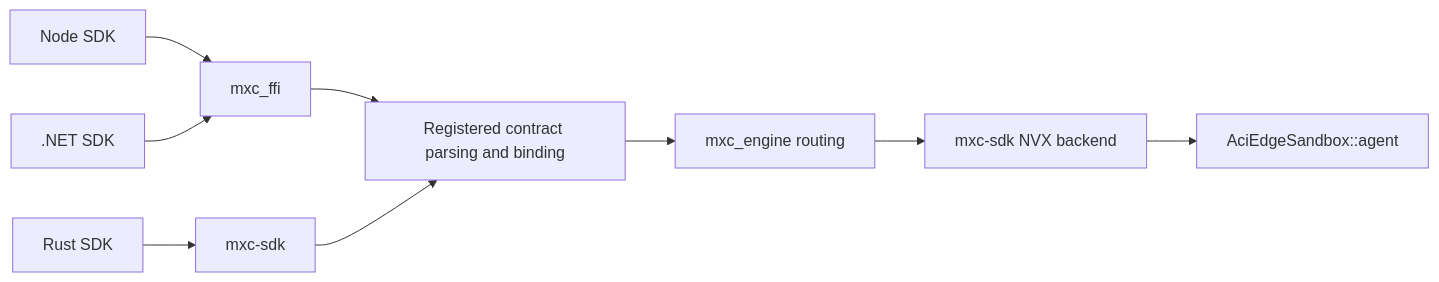
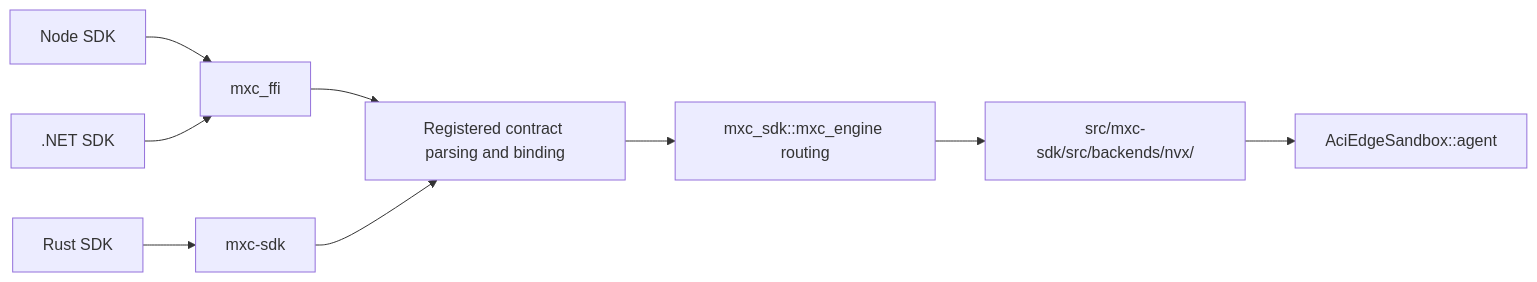
The second of 4 diagrams in docs/development/plans/nvx-integration.md (huzaifa-d/mxc), drawn with Mermaid before and after one commit. The commit also changed other lines of this file, not shown here.

Commit message:
docs: clarify NVX module ownership, SDK entry points, and outcome mapping

````diff
--- a/docs/development/plans/nvx-integration.md
+++ b/docs/development/plans/nvx-integration.md
@@ -748,11 +749,11 @@
 ```mermaid
 flowchart LR
     Rust["Rust SDK"] --> RustSdk["mxc-sdk"]
     Node["Node SDK"] --> FFI["mxc_ffi"]
     DotNet[".NET SDK"] --> FFI
     FFI --> Parser["Registered contract parsing and binding"]
     RustSdk --> Parser
-    Parser --> Engine["mxc_engine routing"]
-    Engine --> Runner["mxc-sdk NVX backend"]
+    Parser --> Engine["mxc_sdk::mxc_engine routing"]
+    Engine --> Runner["src/mxc-sdk/src/backends/nvx/"]
     Runner --> NVX["AciEdgeSandbox::agent"]
 ```
````
